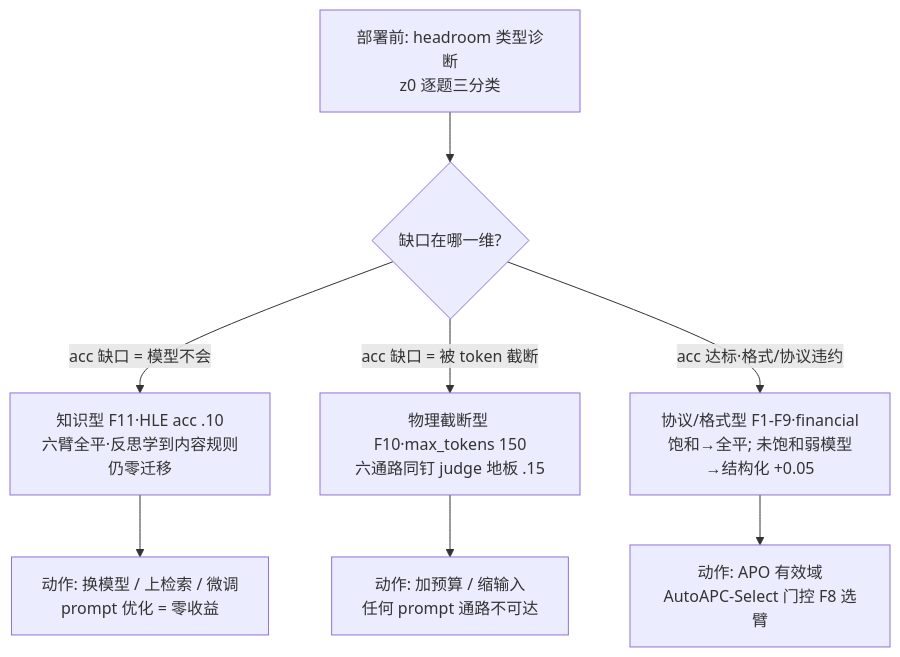
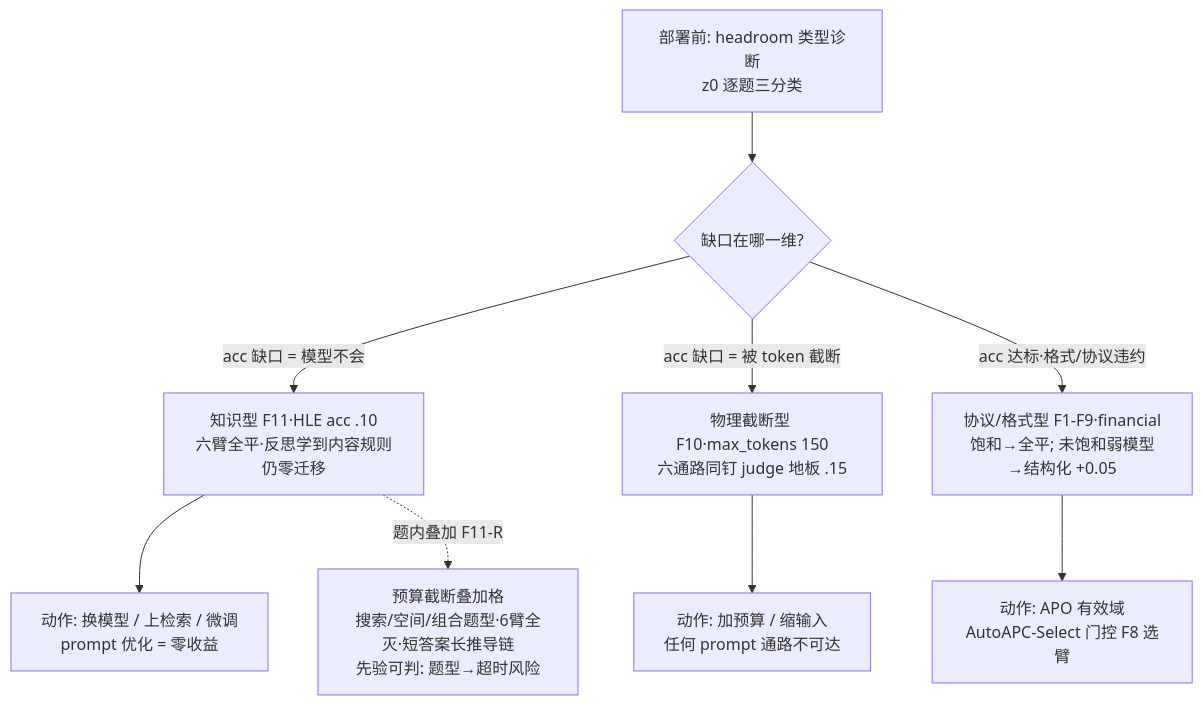
The diagram in docs/paper-apc.md (lanshi17/APC), drawn with Mermaid before and after one commit. The commit also changed other lines of this file and 1 other file, not shown here.

````diff
--- a/docs/paper-apc.md
+++ b/docs/paper-apc.md
@@ -442,10 +440,11 @@
 ```mermaid
 flowchart TD
     A[部署前: headroom 类型诊断<br/>z0 逐题三分类] --> B{缺口在哪一维?}
     B -->|acc 缺口 = 模型不会| K[知识型 F11·HLE acc .10<br/>六臂全平·反思学到内容规则仍零迁移]
     B -->|acc 缺口 = 被 token 截断| T[物理截断型 F10·max_tokens 150<br/>六通路同钉 judge 地板 .15]
     B -->|acc 达标·格式/协议违约| P[协议/格式型 F1-F9·financial<br/>饱和→全平; 未饱和弱模型→结构化 +0.05]
     K --> X1[动作: 换模型 / 上检索 / 微调<br/>prompt 优化 = 零收益]
     T --> X2[动作: 加预算 / 缩输入<br/>任何 prompt 通路不可达]
     P --> X3[动作: APO 有效域<br/>AutoAPC-Select 门控 F8 选臂]
+    K -.->|题内叠加 F11-R| S[预算截断叠加格<br/>搜索/空间/组合题型·6臂全灭·短答案长推导链<br/>先验可判: 题型→超时风险]
 ```
````
